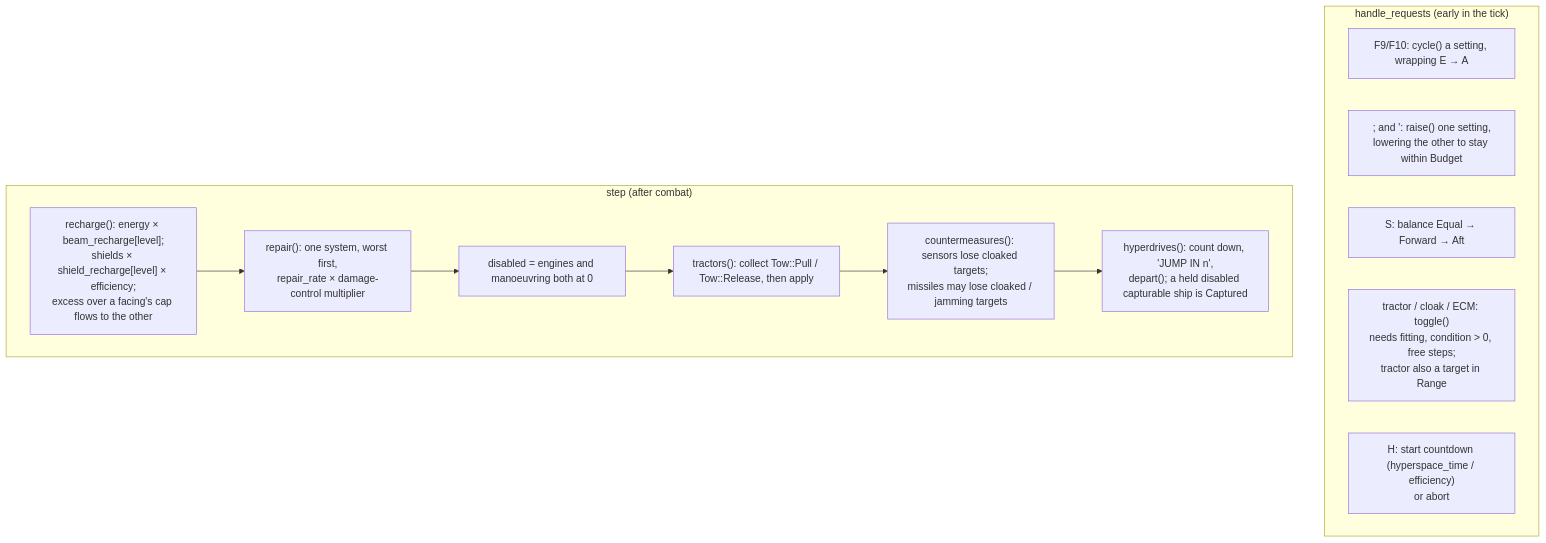
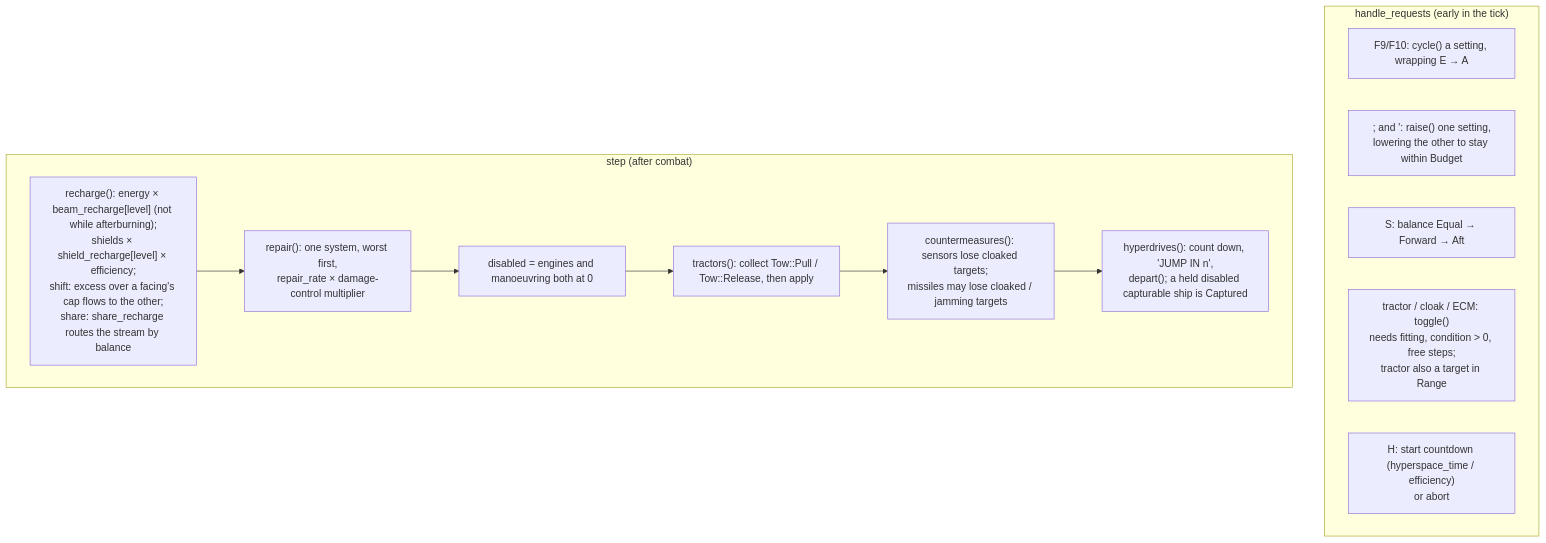
Before and after one commit to bbogovich/OpenInterceptor: the sixth of 7 diagrams in docs/implementation/architecture/sim.md, drawn with Mermaid. The commit also changed other lines of this file and 18 other files, not shown here.

````diff
--- a/docs/implementation/architecture/sim.md
+++ b/docs/implementation/architecture/sim.md
@@ -292,19 +350,19 @@
 ```mermaid
 flowchart TD
     subgraph req["handle_requests (early in the tick)"]
       R1["F9/F10: cycle() a setting, wrapping E → A"]
       R2["; and ': raise() one setting,<br/>lowering the other to stay within Budget"]
       R3["S: balance Equal → Forward → Aft"]
       R4["tractor / cloak / ECM: toggle()<br/>needs fitting, condition > 0, free steps;<br/>tractor also a target in Range"]
       R5["H: start countdown (hyperspace_time / efficiency)<br/>or abort"]
     end
     subgraph step["step (after combat)"]
-      S1["recharge(): energy × beam_recharge[level];<br/>shields × shield_recharge[level] × efficiency;<br/>excess over a facing's cap flows to the other"]
+      S1["recharge(): energy × beam_recharge[level] (not while afterburning);<br/>shields × shield_recharge[level] × efficiency;<br/>shift: excess over a facing's cap flows to the other;<br/>share: share_recharge routes the stream by balance"]
       S2["repair(): one system, worst first,<br/>repair_rate × damage-control multiplier"]
       S3["disabled = engines and manoeuvring both at 0"]
       S4["tractors(): collect Tow::Pull / Tow::Release, then apply"]
       S5["countermeasures(): sensors lose cloaked targets;<br/>missiles may lose cloaked / jamming targets"]
       S6["hyperdrives(): count down, 'JUMP IN n',<br/>depart(); a held disabled capturable ship is Captured"]
       S1 --> S2 --> S3 --> S4 --> S5 --> S6
     end
 ```
````
